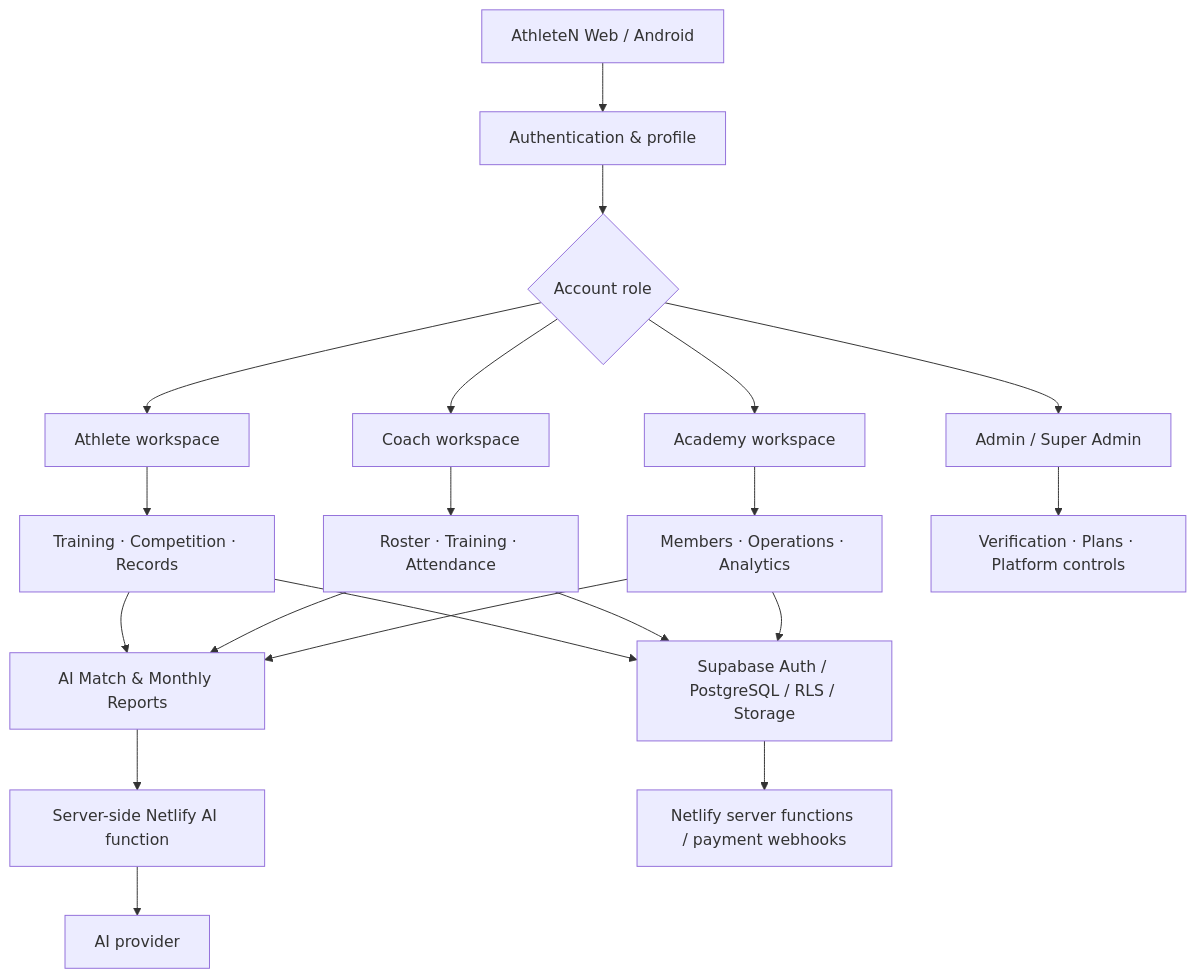
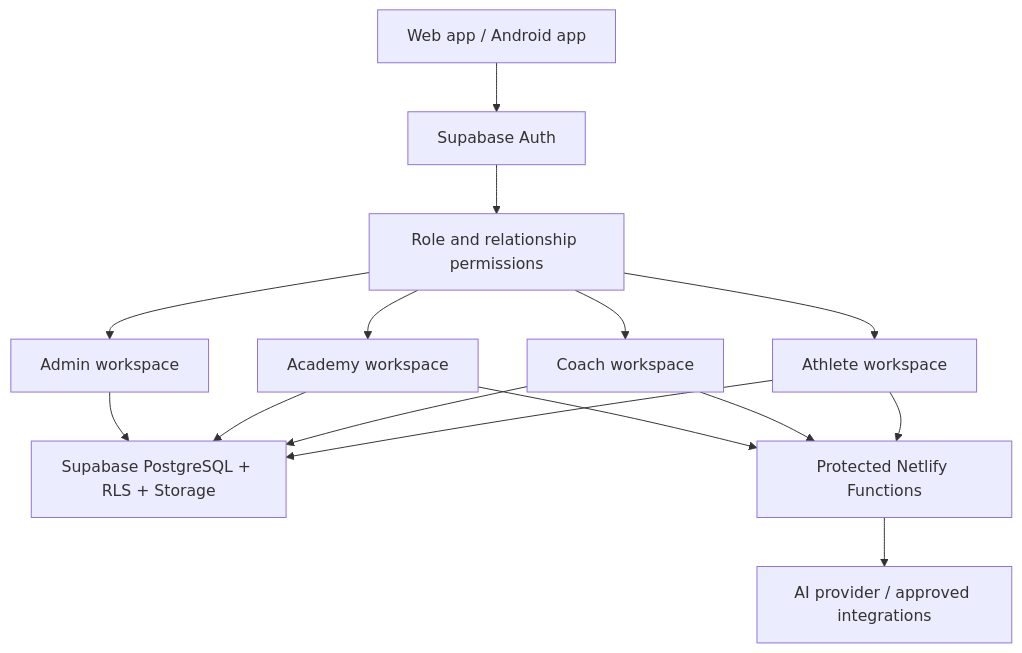
One commit to NovaCode2026/AthleteN changed the diagram in README.md. Above: the diagram before and after it, drawn with Mermaid. The commit also changed other lines of this file and 7 other files, not shown here.

````diff
--- a/README.md
+++ b/README.md
@@ -208,22 +100,17 @@
 ```mermaid
 flowchart TD
-  A["AthleteN Web / Android"] --> B["Authentication & profile"]
-  B --> C{"Account role"}
+  A["Web app / Android app"] --> B["Supabase Auth"]
+  B --> C["Role and relationship permissions"]
   C --> D["Athlete workspace"]
   C --> E["Coach workspace"]
   C --> F["Academy workspace"]
-  C --> G["Admin / Super Admin"]
-  D --> H["Training · Competition · Records"]
-  E --> I["Roster · Training · Attendance"]
-  F --> J["Members · Operations · Analytics"]
-  H --> K["AI Match & Monthly Reports"]
-  I --> K
-  J --> K
-  G --> L["Verification · Plans · Platform controls"]
-  H --> M["Supabase Auth / PostgreSQL / RLS / Storage"]
-  I --> M
-  J --> M
-  K --> N["Server-side Netlify AI function"]
-  N --> O["AI provider"]
-  M --> P["Netlify server functions / payment webhooks"]
+  C --> G["Admin workspace"]
+  D --> H["Supabase PostgreSQL + RLS + Storage"]
+  E --> H
+  F --> H
+  G --> H
+  D --> I["Protected Netlify Functions"]
+  E --> I
+  F --> I
+  I --> J["AI provider / approved integrations"]
 ```
````
